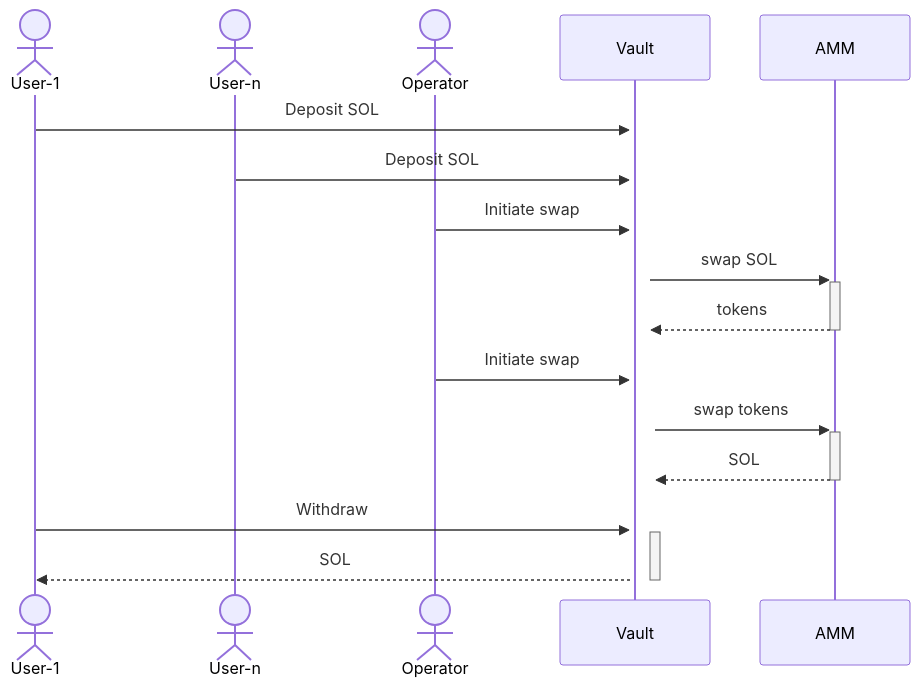
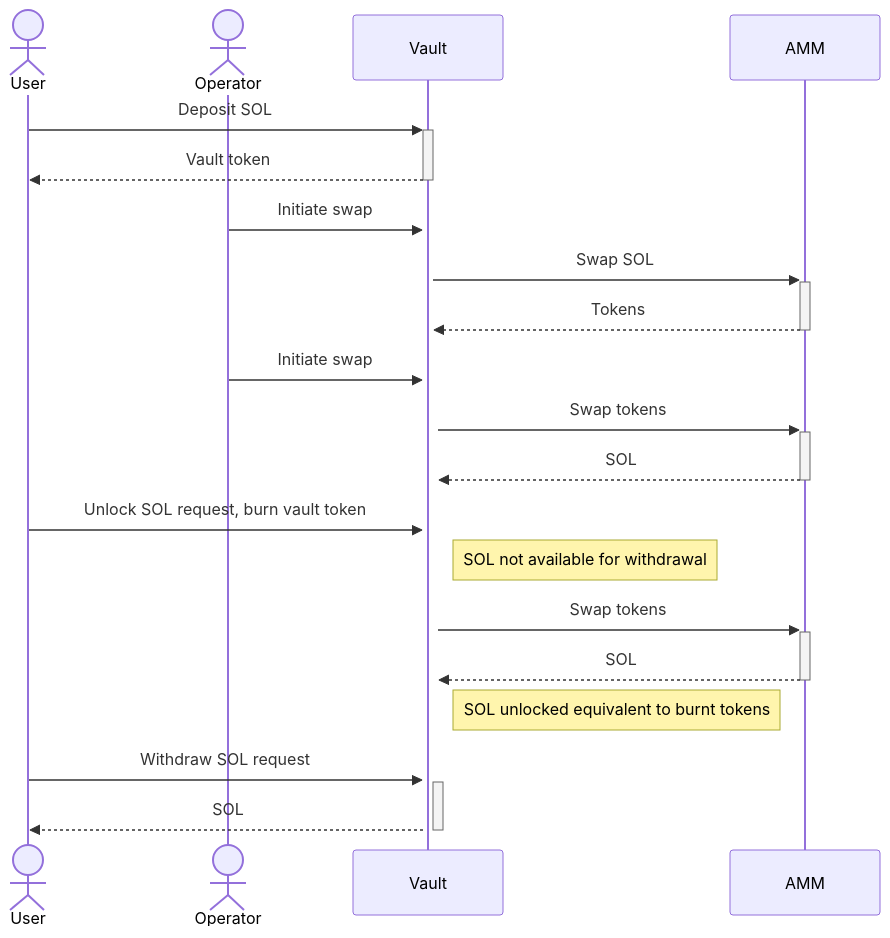
Before and after one commit to n3m6/Q2_25_Builder_Faraz: the first of 7 diagrams in docs/Architecture.md, drawn with Mermaid. The commit also changed other lines of this file, not shown here.

````diff
--- a/docs/Architecture.md
+++ b/docs/Architecture.md
@@ -3,18 +3,22 @@
 ```mermaid
 sequenceDiagram
-    actor User-1
-    actor User-n
+    actor User
     actor Operator
     participant Vault
     participant AMM
-    User-1->>+Vault: Deposit SOL
-    User-n->>+Vault: Deposit SOL
+    User->>+Vault: Deposit SOL
+    Vault-->>-User: Vault token
     Operator->>+Vault:Initiate swap
-    Vault->>+AMM: swap SOL
-    AMM-->>-Vault: tokens
+    Vault->>+AMM: Swap SOL
+    AMM-->>-Vault: Tokens
     Operator->>+Vault:Initiate swap
-    Vault->>+AMM: swap tokens
+    Vault->>+AMM: Swap tokens
     AMM-->>-Vault: SOL
-    User-1->>+Vault: Withdraw
-    Vault-->>-User-1: SOL
+    User->>Vault: Unlock SOL request, burn vault token
+    Note right of Vault: SOL not available for withdrawal
+    Vault->>+AMM: Swap tokens
+    AMM-->>-Vault: SOL
+    Note right of Vault: SOL unlocked equivalent to burnt tokens
+    User->>+Vault: Withdraw SOL request
+    Vault-->>-User: SOL
 ```
````
